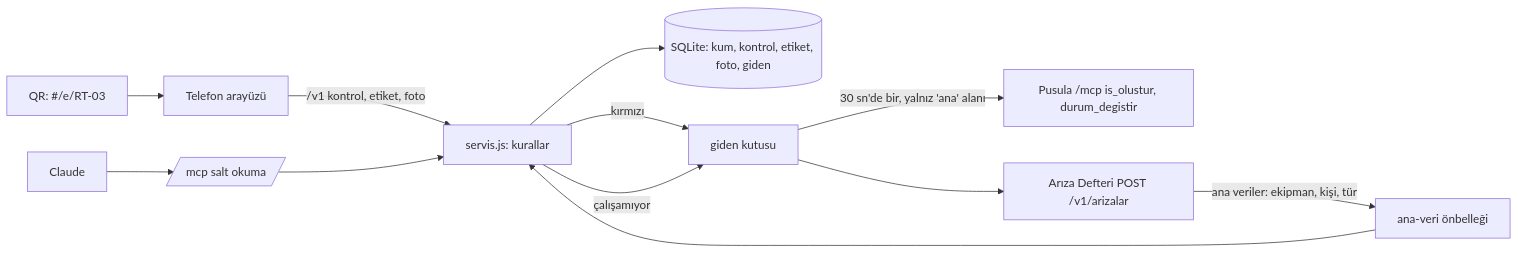
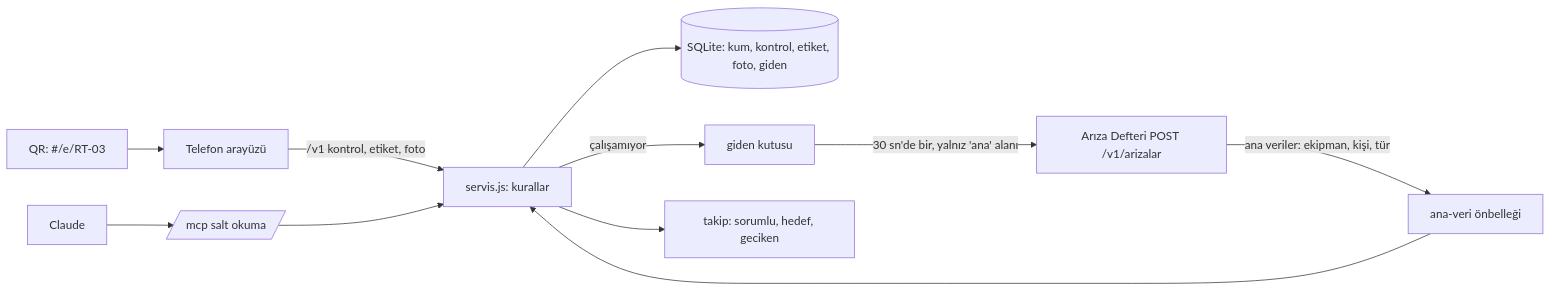
The first of 2 diagrams in docs/PROJE.md (ysfdurak/nabiz), drawn with Mermaid before and after one commit. The commit also changed other lines of this file and 39 other files, not shown here.

First line of the commit message:
V2.1: Pusula bağlantısı çıkarıldı; etikete sorumlu ve hedef tarih (#2)

````diff
--- a/docs/PROJE.md
+++ b/docs/PROJE.md
@@ -35,14 +36,13 @@
 ```mermaid
 flowchart LR
   QR[QR: #/e/RT-03] --> T[Telefon arayüzü]
   T -->|/v1 kontrol, etiket, foto| SV[servis.js: kurallar]
   SV --> DB[(SQLite: kum, kontrol, etiket, foto, giden)]
-  SV -->|kırmızı| G[giden kutusu]
-  SV -->|çalışamıyor| G
-  G -->|30 sn'de bir, yalnız 'ana' alanı| P[Pusula /mcp is_olustur, durum_degistir]
-  G --> A[Arıza Defteri POST /v1/arizalar]
+  SV -->|çalışamıyor| G[giden kutusu]
+  G -->|30 sn'de bir, yalnız 'ana' alanı| A[Arıza Defteri POST /v1/arizalar]
+  SV --> TK[takip: sorumlu, hedef, geciken]
   A -->|ana veriler: ekipman, kişi, tür| AV[ana-veri önbelleği]
   AV --> SV
   M[/mcp salt okuma/] --> SV
   C[Claude] --> M
 ```
````
